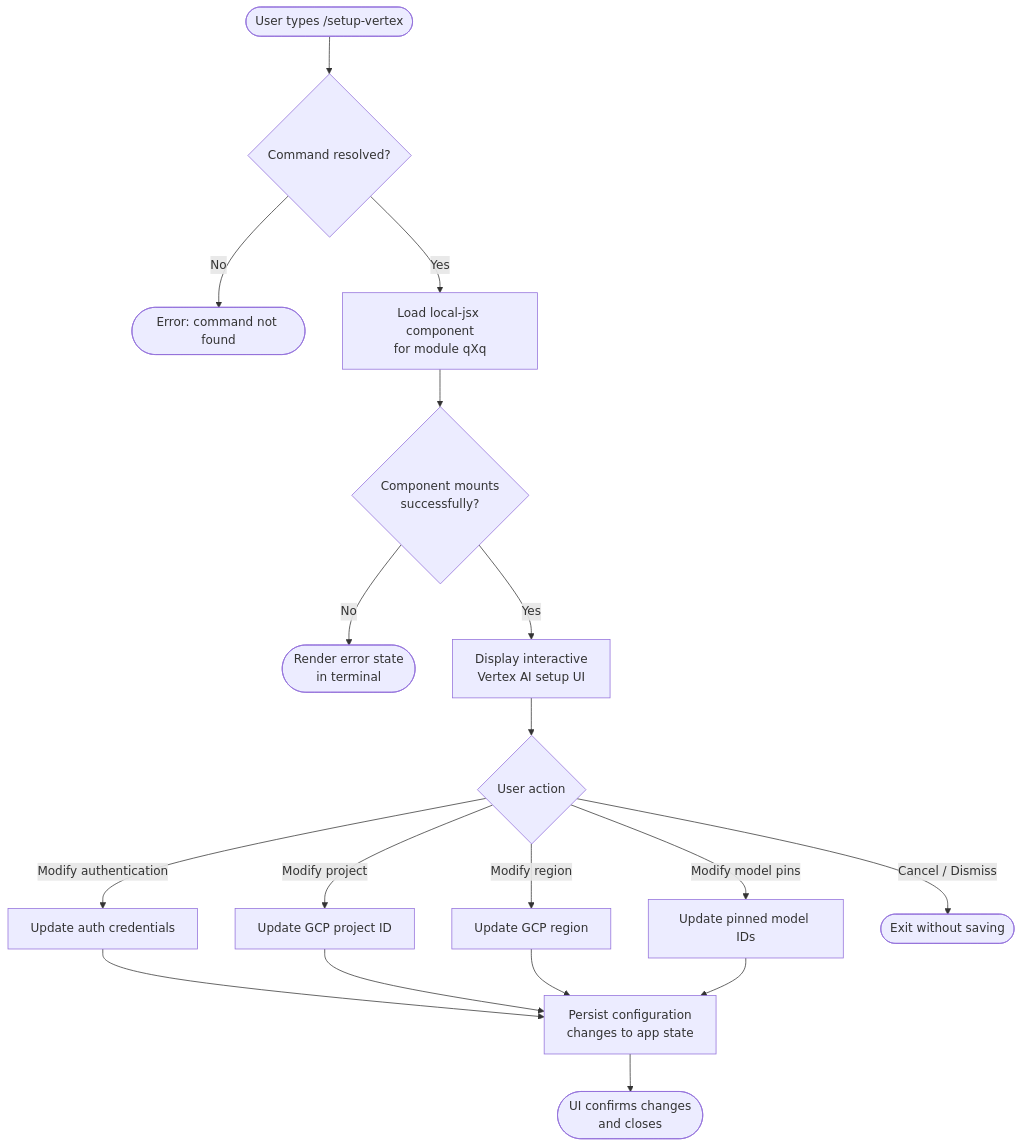
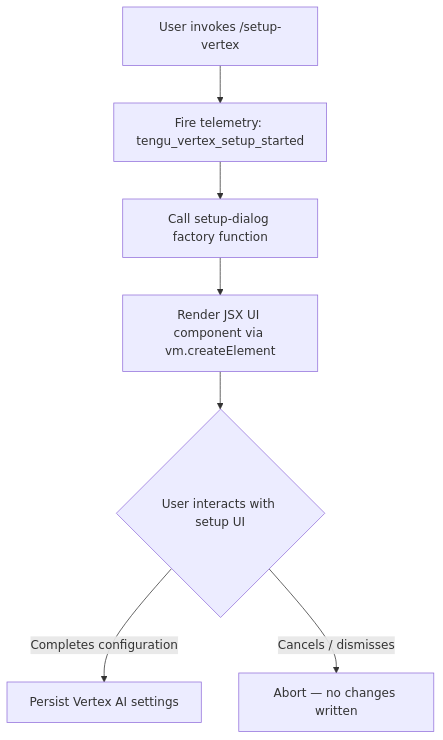
Before and after one commit to MyLittleLuckyDog/cc-gnothi: the diagram in versions/v2.1.144/setup-vertex.md, drawn with Mermaid. The commit also changed other lines of this file and 483 other files, not shown here.

````diff
--- a/versions/v2.1.144/setup-vertex.md
+++ b/versions/v2.1.144/setup-vertex.md
@@ -46,17 +55,9 @@
 ```mermaid
 flowchart TD
-    A([User types /setup-vertex]) --> B{Command resolved?}
-    B -- No --> Z([Error: command not found])
-    B -- Yes --> C[Load local-jsx component\nfor module qXq]
-    C --> D{Component mounts\nsuccessfully?}
-    D -- No --> Y([Render error state\nin terminal])
-    D -- Yes --> E[Display interactive\nVertex AI setup UI]
-    E --> F{User action}
-    F -- Modify authentication --> G[Update auth credentials]
-    F -- Modify project --> H[Update GCP project ID]
-    F -- Modify region --> I[Update GCP region]
-    F -- Modify model pins --> J[Update pinned model IDs]
-    F -- Cancel / Dismiss --> K([Exit without saving])
-    G & H & I & J --> L[Persist configuration\nchanges to app state]
-    L --> M([UI confirms changes\nand closes])
+    A[User invokes /setup-vertex] --> B[Fire telemetry: tengu_vertex_setup_started]
+    B --> C[Call setup-dialog factory function]
+    C --> D[Render JSX UI component via vm.createElement]
+    D --> E{User interacts with setup UI}
+    E -->|Completes configuration| F[Persist Vertex AI settings]
+    E -->|Cancels / dismisses| G[Abort — no changes written]
 ```
````
